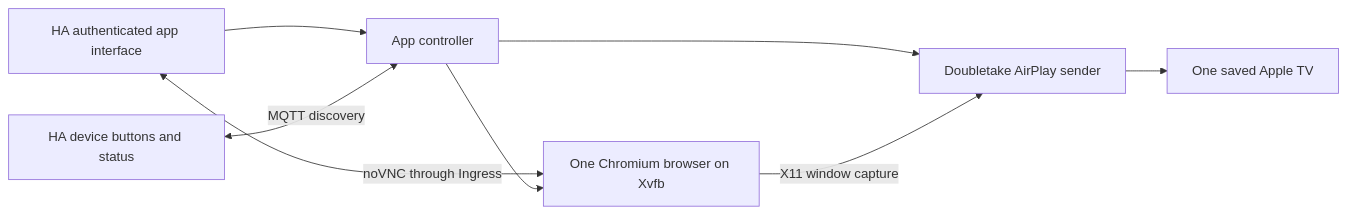
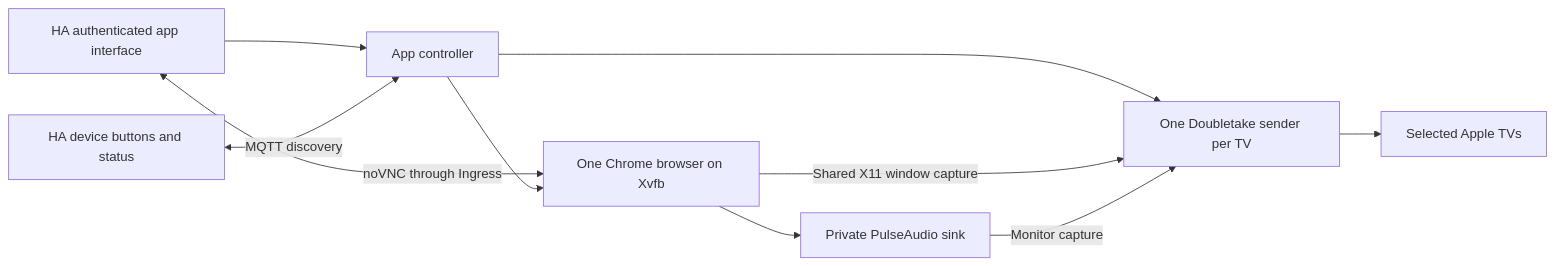
The diagram in app/PLAN.md (jtorrap/doubletake), drawn with Mermaid before and after one commit. The commit also changed other lines of this file and 26 other files, not shown here.

Commit message:
Add browser audio and simultaneous TVs at 30 fps

````diff
--- a/app/PLAN.md
+++ b/app/PLAN.md
@@ -20,10 +22,12 @@
 ```mermaid
 flowchart LR
   UI[HA authenticated app interface] --> API[App controller]
-  UI <-->|noVNC through Ingress| Browser[One Chromium browser on Xvfb]
+  UI <-->|noVNC through Ingress| Browser[One Chrome browser on Xvfb]
   API --> Browser
-  API --> Sender[Doubletake AirPlay sender]
-  Browser -->|X11 window capture| Sender
-  Sender --> TV[One saved Apple TV]
+  API --> Senders[One Doubletake sender per TV]
+  Browser -->|Shared X11 window capture| Senders
+  Browser --> Audio[Private PulseAudio sink]
+  Audio -->|Monitor capture| Senders
+  Senders --> TVs[Selected Apple TVs]
   HA[HA device buttons and status] <-->|MQTT discovery| API
 ```
````
